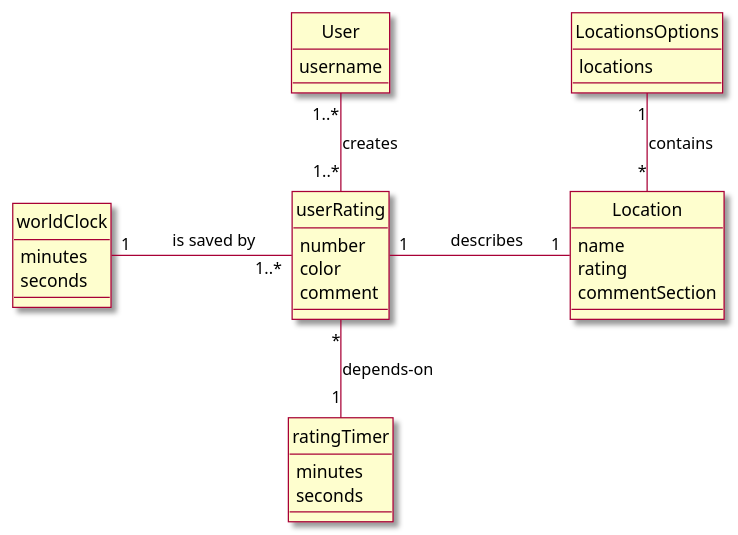
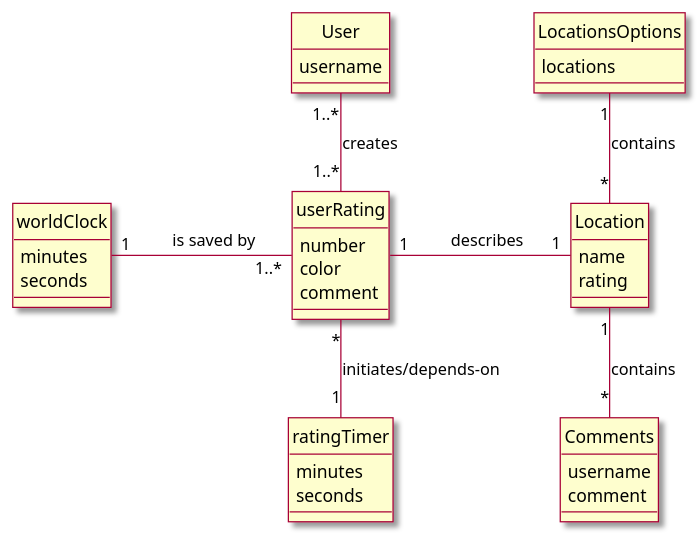
One commit to manoushpajouh/Vassar-Crowdmeter changed the first of 2 diagrams in intellij/documentation/design.md. Above: the diagram before and after it, drawn with PlantUML. The commit also changed other lines of this file, not shown here.

Commit message:
beginning the design class diagram

````diff
--- a/intellij/documentation/design.md
+++ b/intellij/documentation/design.md
@@ -3,50 +3,55 @@
 ```plantuml
 @startuml
 
 skin rose 
 
 hide circle 
 hide circle 
 
 ' classes 
 
 class Location {
 name
 rating
-commentSection
+}
+
+class Comments {
+username
+comment
 }
 
 class ratingTimer{
 minutes
 seconds
 }
 
 class worldClock{
 minutes
 seconds
 }
 
 class userRating{
 number
 color
 comment
 }
 
 class User{
 username
 }
 
 class LocationsOptions{
 locations
 }
 
 
 ' associations 
 userRating "1"  - "1" Location : \t describes \t
-userRating "*" -- "1" ratingTimer : depends-on \t
+userRating "*" -- "1" ratingTimer : initiates/depends-on \t
 User "1..*" -- "1..*" userRating : creates
 worldClock "1" -right- "1..*" userRating : \t is saved by \t
 LocationsOptions "1" -down- "*" Location : contains
+Location "1" -- "*" Comments: contains
 
 @enduml
 ```
````
